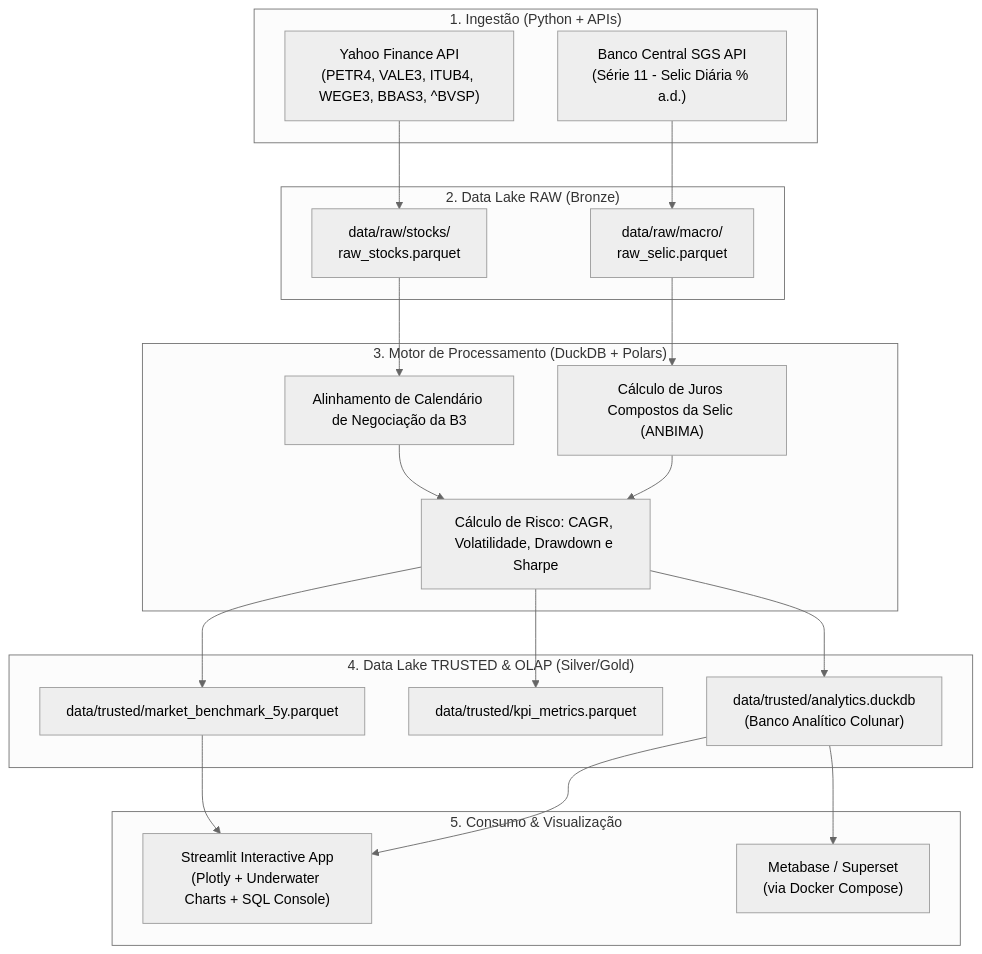
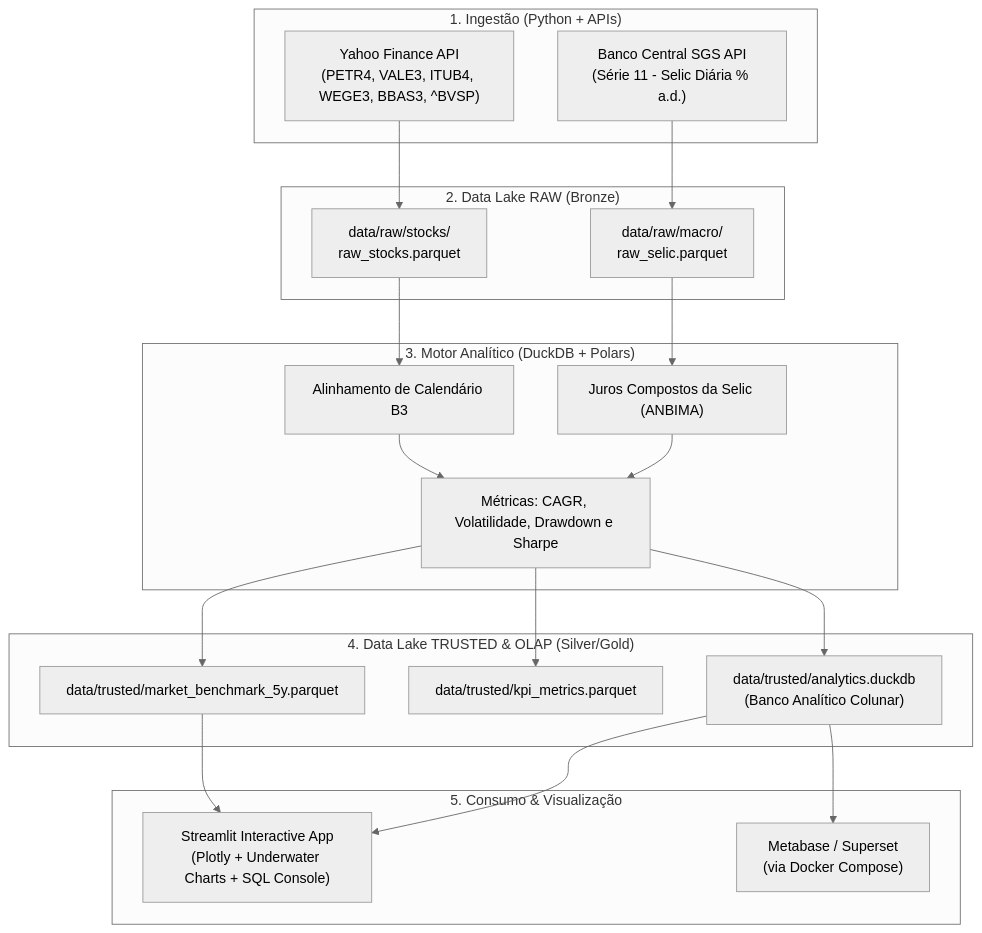
Before and after one commit to mmelquii-dev/analise-b3: the diagram in README.md, drawn with Mermaid (neutral theme). The commit also changed other lines of this file and 3 other files, not shown here.

````diff
--- a/README.md
+++ b/README.md
@@ -47,42 +70,42 @@
 ```mermaid
 flowchart TD
     subgraph INGESTION["1. Ingestão (Python + APIs)"]
         YF["Yahoo Finance API<br/>(PETR4, VALE3, ITUB4, WEGE3, BBAS3, ^BVSP)"]
         BCB["Banco Central SGS API<br/>(Série 11 - Selic Diária % a.d.)"]
     end
 
     subgraph RAW["2. Data Lake RAW (Bronze)"]
         R_STOCKS["data/raw/stocks/<br/>raw_stocks.parquet"]
         R_MACRO["data/raw/macro/<br/>raw_selic.parquet"]
     end
 
-    subgraph PROCESSING["3. Motor de Processamento (DuckDB + Polars)"]
-        ALIGN["Alinhamento de Calendário de Negociação da B3"]
-        CUM_SELIC["Cálculo de Juros Compostos da Selic (ANBIMA)"]
-        METRICS["Cálculo de Risco: CAGR, Volatilidade, Drawdown e Sharpe"]
+    subgraph PROCESSING["3. Motor Analítico (DuckDB + Polars)"]
+        ALIGN["Alinhamento de Calendário B3"]
+        CUM_SELIC["Juros Compostos da Selic (ANBIMA)"]
+        METRICS["Métricas: CAGR, Volatilidade, Drawdown e Sharpe"]
     end
 
     subgraph TRUSTED["4. Data Lake TRUSTED & OLAP (Silver/Gold)"]
         T_SERIES["data/trusted/market_benchmark_5y.parquet"]
         T_KPIS["data/trusted/kpi_metrics.parquet"]
         T_DUCK["data/trusted/analytics.duckdb<br/>(Banco Analítico Colunar)"]
     end
 
     subgraph SERVING["5. Consumo & Visualização"]
         ST["Streamlit Interactive App<br/>(Plotly + Underwater Charts + SQL Console)"]
         META["Metabase / Superset<br/>(via Docker Compose)"]
     end
 
     YF --> R_STOCKS
     BCB --> R_MACRO
     R_STOCKS --> ALIGN
     R_MACRO --> CUM_SELIC
     ALIGN --> METRICS
     CUM_SELIC --> METRICS
     METRICS --> T_SERIES
     METRICS --> T_KPIS
     METRICS --> T_DUCK
     T_SERIES --> ST
     T_DUCK --> ST
     T_DUCK --> META
 ```
````
